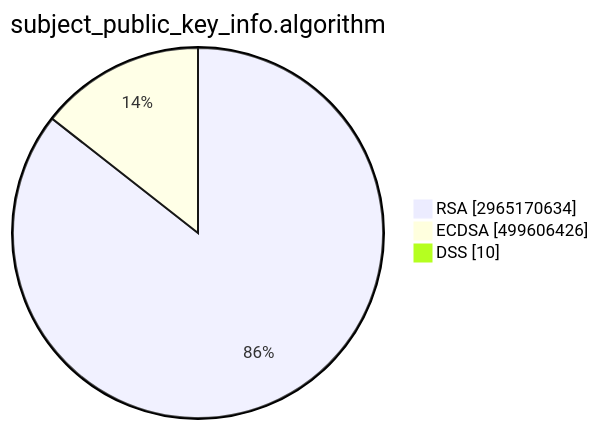
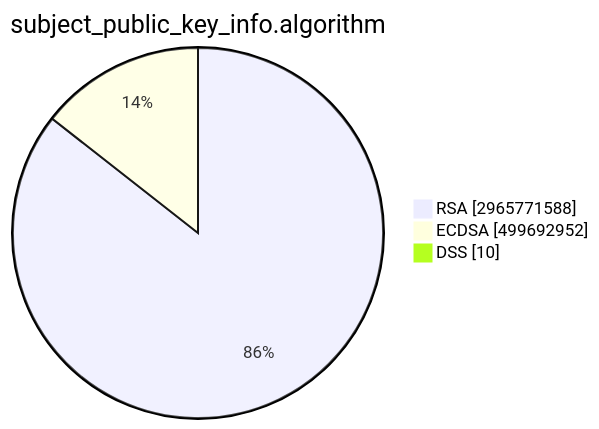
One commit to christiankrug/ctmonitor_visualization changed the second of 15 diagrams in TOTAL/README.md. Above: the diagram before and after it, drawn with Mermaid. The commit also changed other lines of this file, not shown here.

````diff
--- a/TOTAL/README.md
+++ b/TOTAL/README.md
@@ -6,7 +6,7 @@
 ```mermaid
 pie showData
 title subject_public_key_info.algorithm
-"RSA" :2965170634
-"ECDSA" :499606426
+"RSA" :2965771588
+"ECDSA" :499692952
 "DSS" :10
 ```
````
